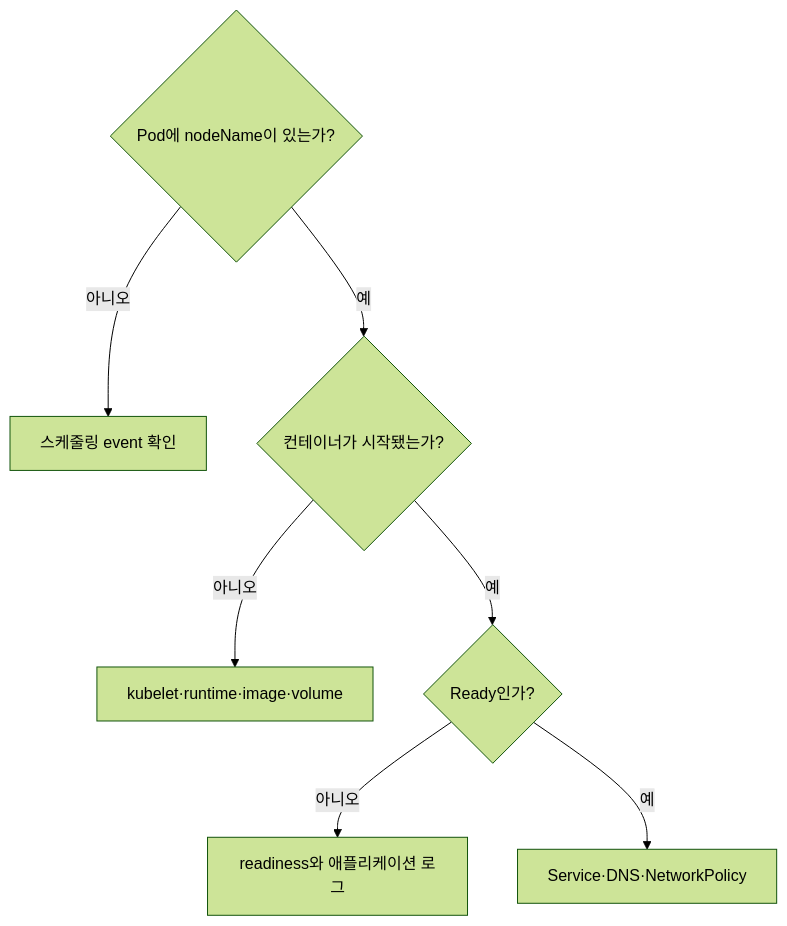
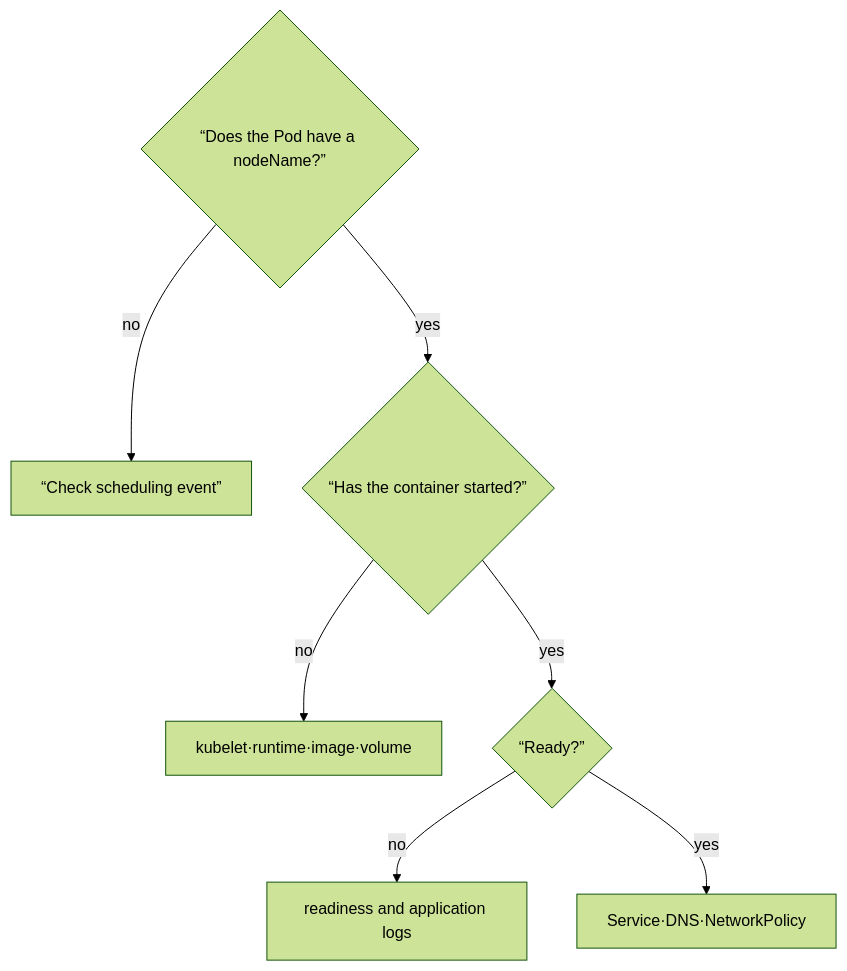
The third of 3 diagrams in docs-site/content/kubernetes/03-cluster-architecture.md (nohdol97/nohdol-study), drawn with Mermaid (forest theme) before and after one commit. The commit also changed other lines of this file and 116 other files, not shown here.

````diff
--- a/docs-site/content/kubernetes/03-cluster-architecture.md
+++ b/docs-site/content/kubernetes/03-cluster-architecture.md
@@ -123,10 +123,10 @@
 ```mermaid
 flowchart TD
-    Q{"Pod에 nodeName이 있는가?"}
-    Q -->|"아니오"| S["스케줄링 event 확인"]
-    Q -->|"예"| C{"컨테이너가 시작됐는가?"}
-    C -->|"아니오"| K["kubelet·runtime·image·volume"]
-    C -->|"예"| R{"Ready인가?"}
-    R -->|"아니오"| P["readiness와 애플리케이션 로그"]
-    R -->|"예"| N["Service·DNS·NetworkPolicy"]
+    Q{“Does the Pod have a nodeName?”}
+    Q -->|"no"| S[“Check scheduling event”]
+    Q -->|"yes"| C{“Has the container started?”}
+    C -->|"no"| K["kubelet·runtime·image·volume"]
+    C -->|"yes"| R{“Ready?”}
+    R -->|"no"| P["readiness and application logs"]
+    R -->|"yes"| N["Service·DNS·NetworkPolicy"]
 ```
````
